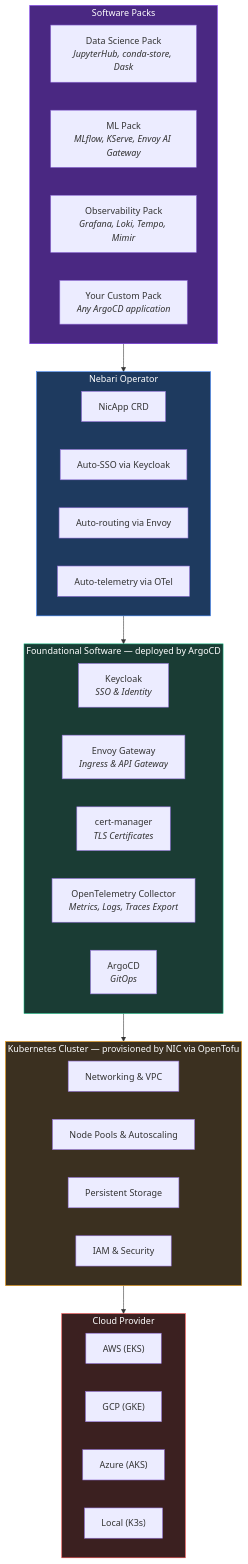
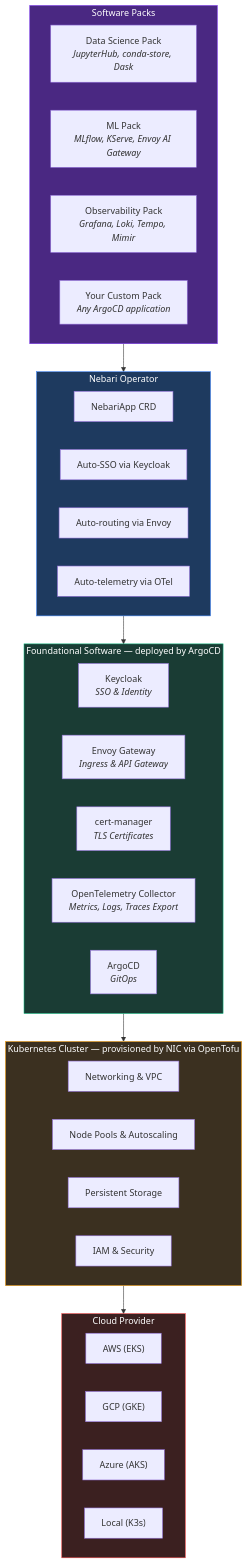
Before and after one commit to nebari-dev/nebari-infrastructure-core: the diagram in README.md, drawn with Mermaid. The commit also changed other lines of this file, not shown here.

Commit message:
Fix CRD name: NicApp -> NebariApp

````diff
--- a/README.md
+++ b/README.md
@@ -55,54 +55,54 @@
 ```mermaid
 graph TB
     subgraph SP["Software Packs"]
         direction LR
         DS["Data Science Pack<br/><i>JupyterHub, conda-store, Dask</i>"]
         ML["ML Pack<br/><i>MLflow, KServe, Envoy AI Gateway</i>"]
         OBS["Observability Pack<br/><i>Grafana, Loki, Tempo, Mimir</i>"]
         Custom["Your Custom Pack<br/><i>Any ArgoCD application</i>"]
     end
 
     subgraph OP["Nebari Operator"]
         direction LR
-        CRD["NicApp CRD"]
+        CRD["NebariApp CRD"]
         Auth["Auto-SSO via Keycloak"]
         Route["Auto-routing via Envoy"]
         Tel["Auto-telemetry via OTel"]
     end
 
     subgraph FS["Foundational Software — deployed by ArgoCD"]
         direction LR
         KC["Keycloak<br/><i>SSO & Identity</i>"]
         EG["Envoy Gateway<br/><i>Ingress & API Gateway</i>"]
         CM["cert-manager<br/><i>TLS Certificates</i>"]
         OTEL["OpenTelemetry Collector<br/><i>Metrics, Logs, Traces Export</i>"]
         ARGO["ArgoCD<br/><i>GitOps</i>"]
     end
 
     subgraph K8S["Kubernetes Cluster — provisioned by NIC via OpenTofu"]
         direction LR
         Net["Networking & VPC"]
         Nodes["Node Pools & Autoscaling"]
         Storage["Persistent Storage"]
         IAM["IAM & Security"]
     end
 
     subgraph Cloud["Cloud Provider"]
         direction LR
         AWS["AWS (EKS)"]
         GCP["GCP (GKE)"]
         Azure["Azure (AKS)"]
         Local["Local (K3s)"]
     end
 
     SP --> OP
     OP --> FS
     FS --> K8S
     K8S --> Cloud
 
     style SP fill:#4a2882,stroke:#7c3aed,color:#fff
     style OP fill:#1e3a5f,stroke:#3b82f6,color:#fff
     style FS fill:#1a3c34,stroke:#10b981,color:#fff
     style K8S fill:#3b3020,stroke:#f59e0b,color:#fff
     style Cloud fill:#3b2020,stroke:#ef4444,color:#fff
 ```
````
